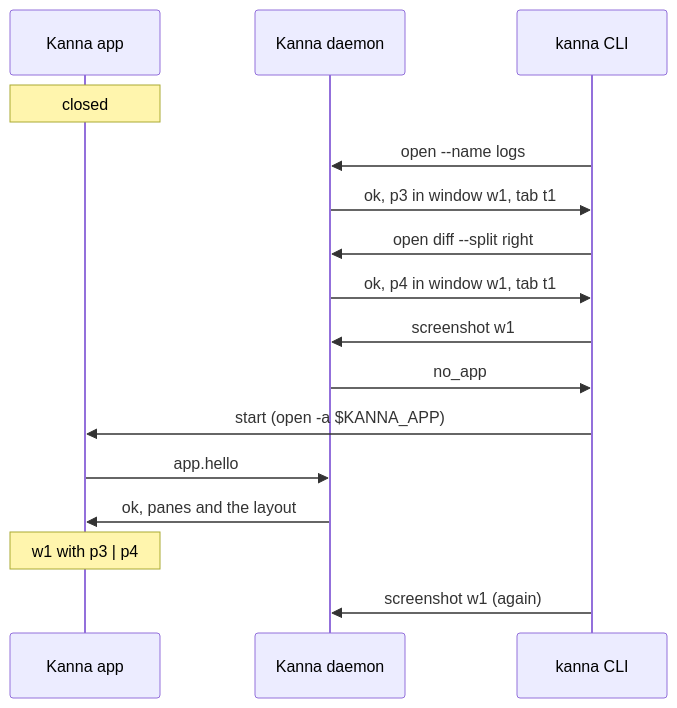
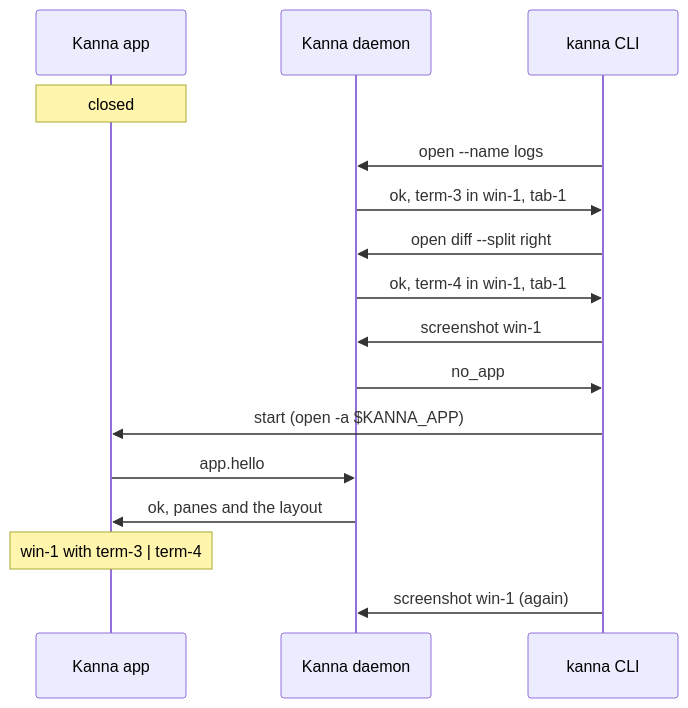
Before and after one commit to tampopogk/kanna: the second of 2 diagrams in docs/specs/layout.md, drawn with Mermaid. The commit also changed 43 other files, not shown here.

````diff
--- a/docs/specs/layout.md
+++ b/docs/specs/layout.md
@@ -72,18 +72,18 @@
 ```mermaid
 sequenceDiagram
     participant A as Kanna app
     participant D as Kanna daemon
     participant C as kanna CLI
     Note over A: closed
     C->>D: open --name logs
-    D->>C: ok, p3 in window w1, tab t1
+    D->>C: ok, term-3 in win-1, tab-1
     C->>D: open diff --split right
-    D->>C: ok, p4 in window w1, tab t1
-    C->>D: screenshot w1
+    D->>C: ok, term-4 in win-1, tab-1
+    C->>D: screenshot win-1
     D->>C: no_app
     C->>A: start (open -a $KANNA_APP)
     A->>D: app.hello
     D->>A: ok, panes and the layout
-    Note over A: w1 with p3 | p4
-    C->>D: screenshot w1 (again)
+    Note over A: win-1 with term-3 | term-4
+    C->>D: screenshot win-1 (again)
 ```
````
